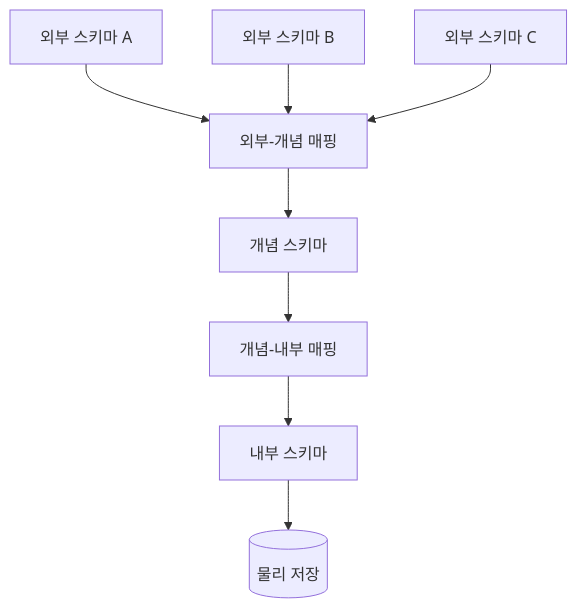
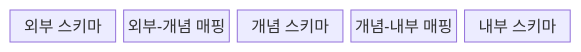
The first of 2 diagrams in src/content/docs/notes/03-software/112_three_level_schema.md (agnusdei1207/knowledge-base), drawn with Mermaid before and after one commit. The commit also changed other lines of this file and 20 other files, not shown here.

````diff
--- a/src/content/docs/notes/03-software/112_three_level_schema.md
+++ b/src/content/docs/notes/03-software/112_three_level_schema.md
@@ -54,15 +51,9 @@
 ```mermaid
-flowchart TB
-    E1[외부 스키마 A]
-    E2[외부 스키마 B]
-    E3[외부 스키마 C]
-    EC[외부-개념 매핑]
-    C[개념 스키마]
-    CI[개념-내부 매핑]
-    I[내부 스키마]
-    S[(물리 저장)]
-    E1 --> EC
-    E2 --> EC
-    E3 --> EC
-    EC --> C --> CI --> I --> S
+block
+  columns 5
+  E["외부 스키마"]
+  EC["외부-개념 매핑"]
+  C["개념 스키마"]
+  CI["개념-내부 매핑"]
+  I["내부 스키마"]
 ```
````
